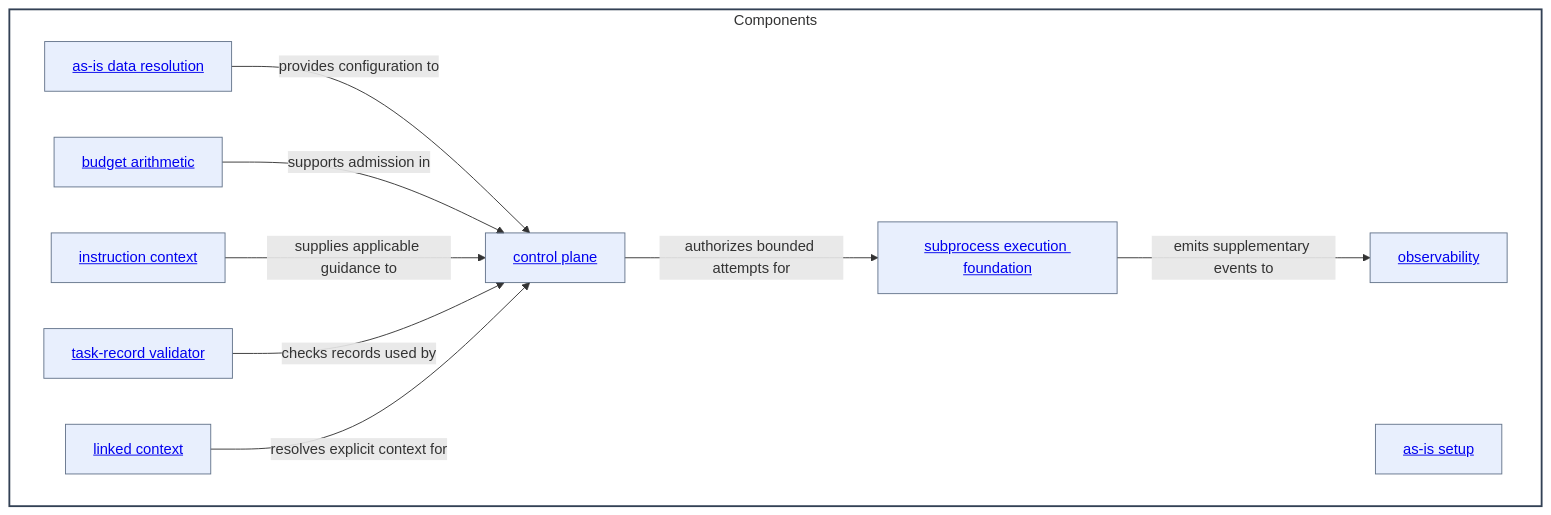
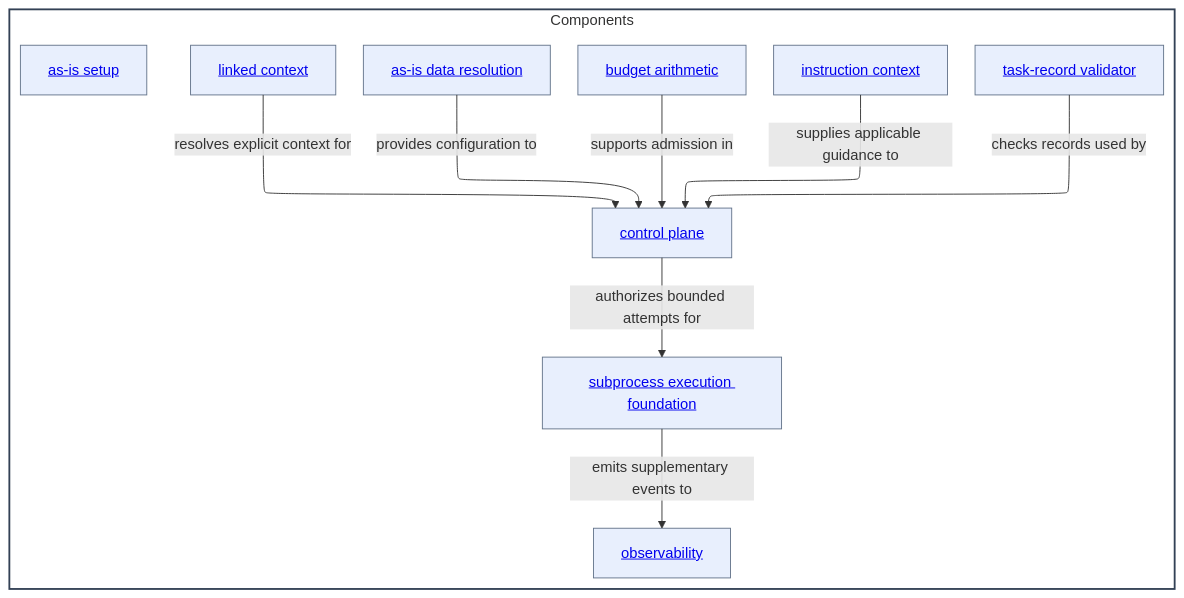
One commit to abstract-business-systems/as-is changed the diagram in components/as-is.md. Above: the diagram before and after it, drawn with Mermaid. The commit also changed other lines of this file and 72 other files, not shown here.

````diff
--- a/components/as-is.md
+++ b/components/as-is.md
@@ -27,28 +31,32 @@
 ```mermaid
+---
+config:
+  layout: elk
+---
 %%{init: {"securityLevel": "loose"}}%%
-flowchart LR
+flowchart TB
     subgraph Components["Components"]
-        direction LR
+        direction TB
         Data["<a href='./as-is-data/as-is.md#design'>as-is data resolution</a>"]
         Setup["<a href='./as-is-setup/as-is.md#design'>as-is setup</a>"]
         Budget["<a href='./budget-control/as-is.md#design'>budget arithmetic</a>"]
-        Control["<a href='./control-plane/as-is.md#design'>control plane</a>"]
         Instructions["<a href='./instruction-context/as-is.md#design'>instruction context</a>"]
         Linked["<a href='./linked-context/as-is.md#design'>linked context</a>"]
+        Validator["<a href='./task-record-validator/as-is.md#design'>task-record validator</a>"]
+        Control["<a href='./control-plane/as-is.md#design'>control plane</a>"]
+        Subprocess["<a href='./subprocess-execution-foundation/as-is.md#design'>subprocess execution foundation</a>"]
         Observability["<a href='./observability/as-is.md#design'>observability</a>"]
-        Subprocess["<a href='./subprocess-execution-foundation/as-is.md#design'>subprocess execution foundation</a>"]
-        Validator["<a href='./task-record-validator/as-is.md#design'>task-record validator</a>"]
 
         Data -->|provides configuration to| Control
         Budget -->|supports admission in| Control
         Instructions -->|supplies applicable guidance to| Control
         Control -->|authorizes bounded attempts for| Subprocess
         Subprocess -->|emits supplementary events to| Observability
         Validator -->|checks records used by| Control
         Linked -->|resolves explicit context for| Control
     end
     classDef component fill:#f8fafc,fill-opacity:0.1,stroke:#334155,stroke-width:2px
     classDef child fill:#2563eb,fill-opacity:0.1,stroke:#64748b,stroke-width:1px
     class Components component
     class Data,Setup,Budget,Control,Instructions,Linked,Observability,Subprocess,Validator child
 ```
````
